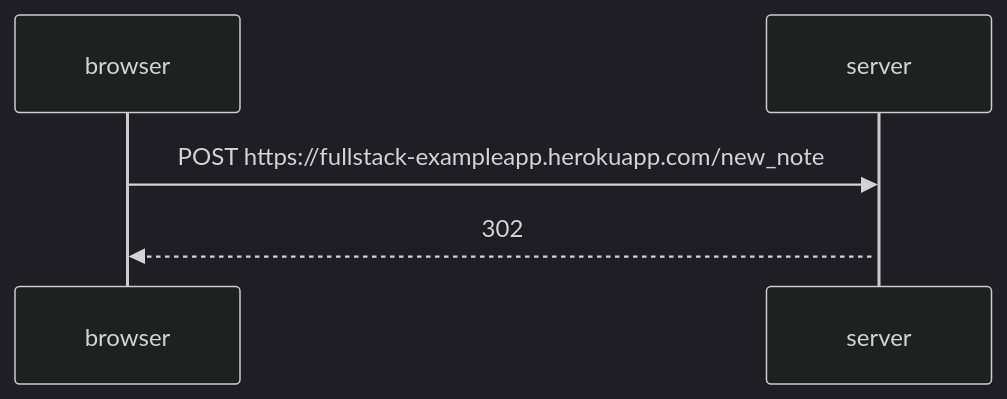
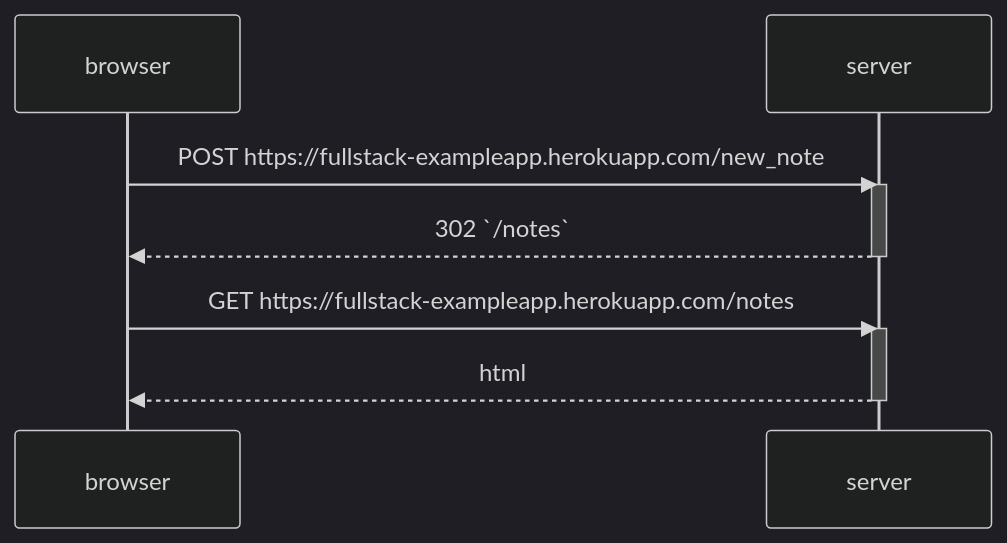
One commit to adiah-fullstack-open/part0 changed the diagram in newNote.md. Above: the diagram before and after it, drawn with Mermaid (dark theme). The commit also changed other lines of this file, not shown here.

Commit message:
redirect in sequence diagram

````diff
--- a/newNote.md
+++ b/newNote.md
@@ -19,9 +9,15 @@
 ```mermaid
 sequenceDiagram
 	participant browser
 	participant server
 
 	browser->>server: POST https://fullstack-exampleapp.herokuapp.com/new_note
 	activate server
-	server-->>browser: 302
+	server-->>browser: 302 `/notes`
+	deactivate server
+
+	browser->>server: GET https://fullstack-exampleapp.herokuapp.com/notes
+	activate server
+	server-->>browser: html
+	deactivate server
 ```
````
